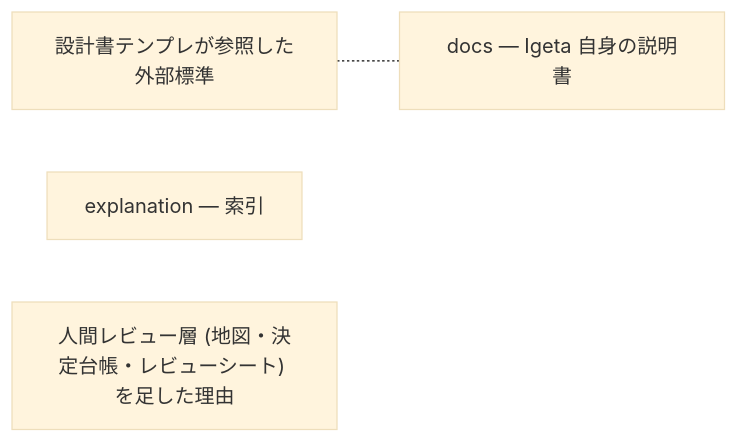
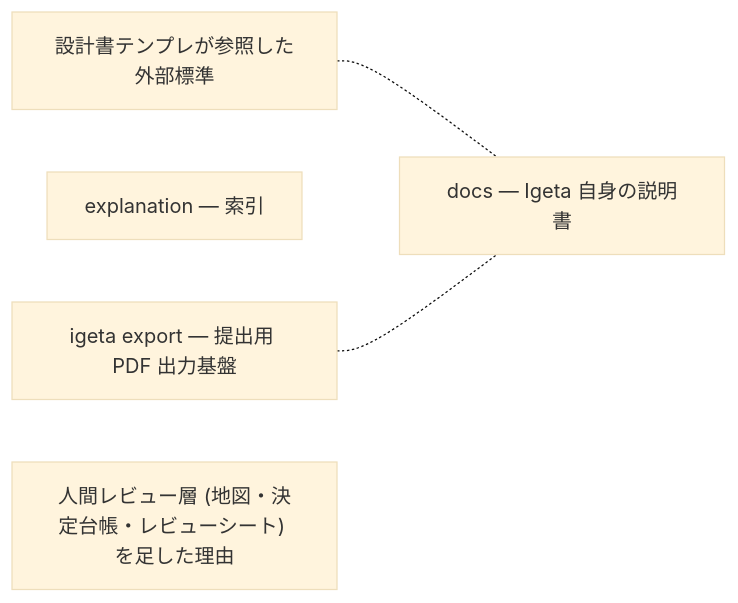
Before and after one commit to SakakitaniJunya/Igeta: the diagram in docs/dependencies.md, drawn with Mermaid (base theme). The commit also changed other lines of this file and 29 other files, not shown here.

First line of the commit message:
feat(export): 章 Markdown から提出用 PDF 1 冊を出す igeta export を追加する (#11)

````diff
--- a/docs/dependencies.md
+++ b/docs/dependencies.md
@@ -12,23 +12,26 @@
 ```mermaid
 graph LR
   classDef standard fill:#fde68a,stroke:#92400e,color:#111
   classDef architecture fill:#bfdbfe,stroke:#1e3a8a,color:#111
   classDef strategy fill:#fbcfe8,stroke:#9d174d,color:#111
   classDef prd fill:#bbf7d0,stroke:#065f46,color:#111
   classDef business fill:#a7f3d0,stroke:#064e3b,color:#111
   classDef adr fill:#c7d2fe,stroke:#3730a3,color:#111
   classDef runbook fill:#fecaca,stroke:#7f1d1d,color:#111
   classDef guide fill:#e9d5ff,stroke:#581c87,color:#111
   classDef design fill:#ddd6fe,stroke:#6d28d9,color:#111
   classDef map fill:#fef3c7,stroke:#78350f,color:#111
   classDef decision_log fill:#fee2e2,stroke:#7f1d1d,color:#111
   design-doc-standards["設計書テンプレが参照した外部標準"]
   class design-doc-standards explanation
   docs-index["docs — Igeta 自身の説明書"]
   class docs-index index
   explanation-index["explanation — 索引"]
   class explanation-index index
+  export-deliverable["igeta export — 提出用 PDF 出力基盤"]
+  class export-deliverable explanation
   human-review-layer["人間レビュー層 (地図・決定台帳・レビューシート) を足した理由"]
   class human-review-layer explanation
   design-doc-standards -.- docs-index
+  export-deliverable -.- docs-index
 ```
````
